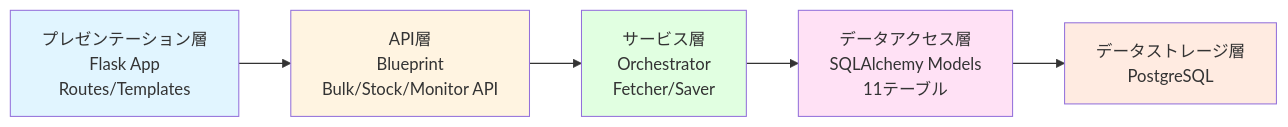
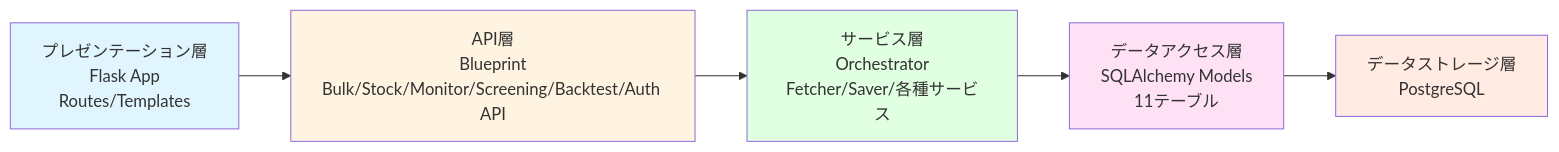
Before and after one commit to TIMMY-WEST/STOCK-INVESTMENT-ANALYZER: the third of 3 diagrams in docs/architecture/architecture_overview.md, drawn with Mermaid. The commit also changed other lines of this file and 1 other file, not shown here.

````diff
--- a/docs/architecture/architecture_overview.md
+++ b/docs/architecture/architecture_overview.md
@@ -178,16 +238,16 @@
 ```mermaid
 graph LR
     A[プレゼンテーション層<br/>Flask App<br/>Routes/Templates]
-    B[API層<br/>Blueprint<br/>Bulk/Stock/Monitor API]
-    C[サービス層<br/>Orchestrator<br/>Fetcher/Saver]
+    B[API層<br/>Blueprint<br/>Bulk/Stock/Monitor/Screening/Backtest/Auth API]
+    C[サービス層<br/>Orchestrator<br/>Fetcher/Saver/各種サービス]
     D[データアクセス層<br/>SQLAlchemy Models<br/>11テーブル]
     E[データストレージ層<br/>PostgreSQL]
 
     A --> B --> C --> D --> E
 
     style A fill:#e1f5ff
     style B fill:#fff4e1
     style C fill:#e1ffe1
     style D fill:#ffe1f5
     style E fill:#ffebe1
 ```
````
